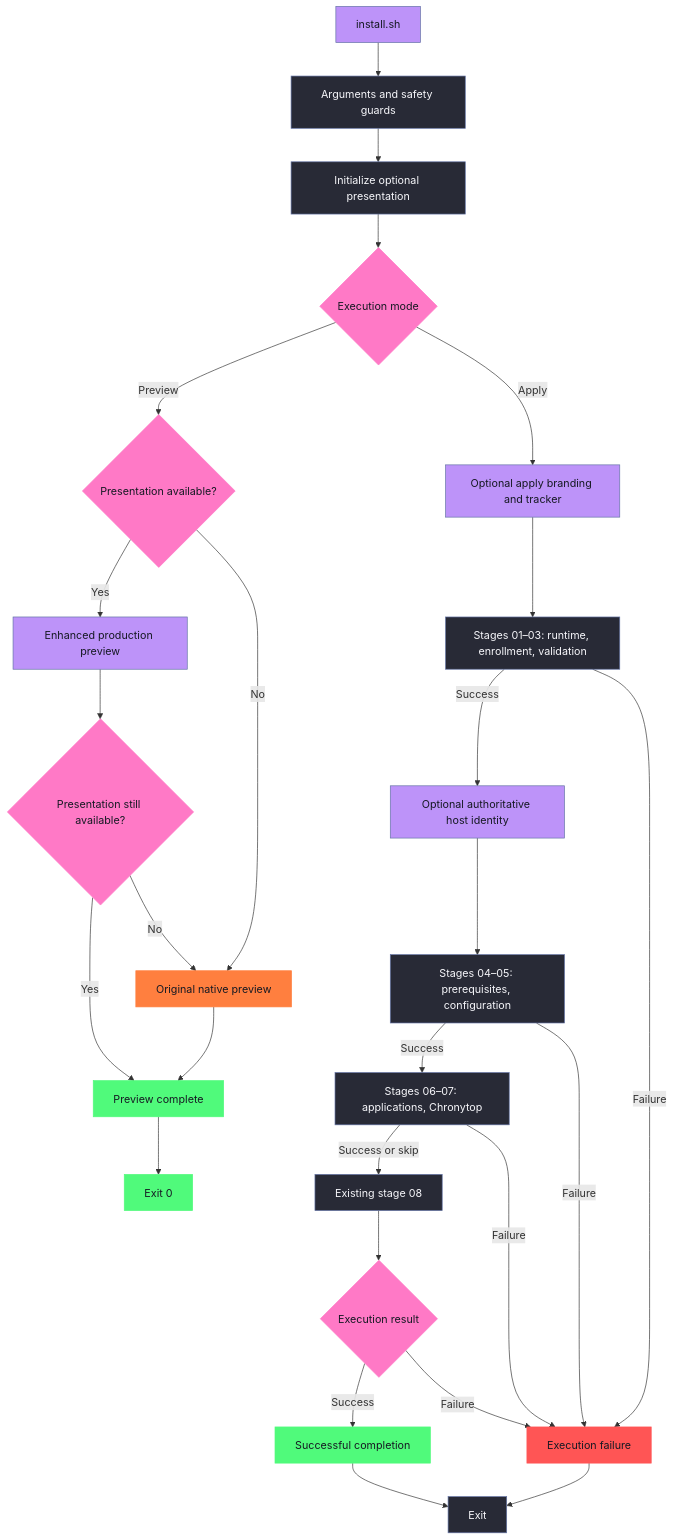
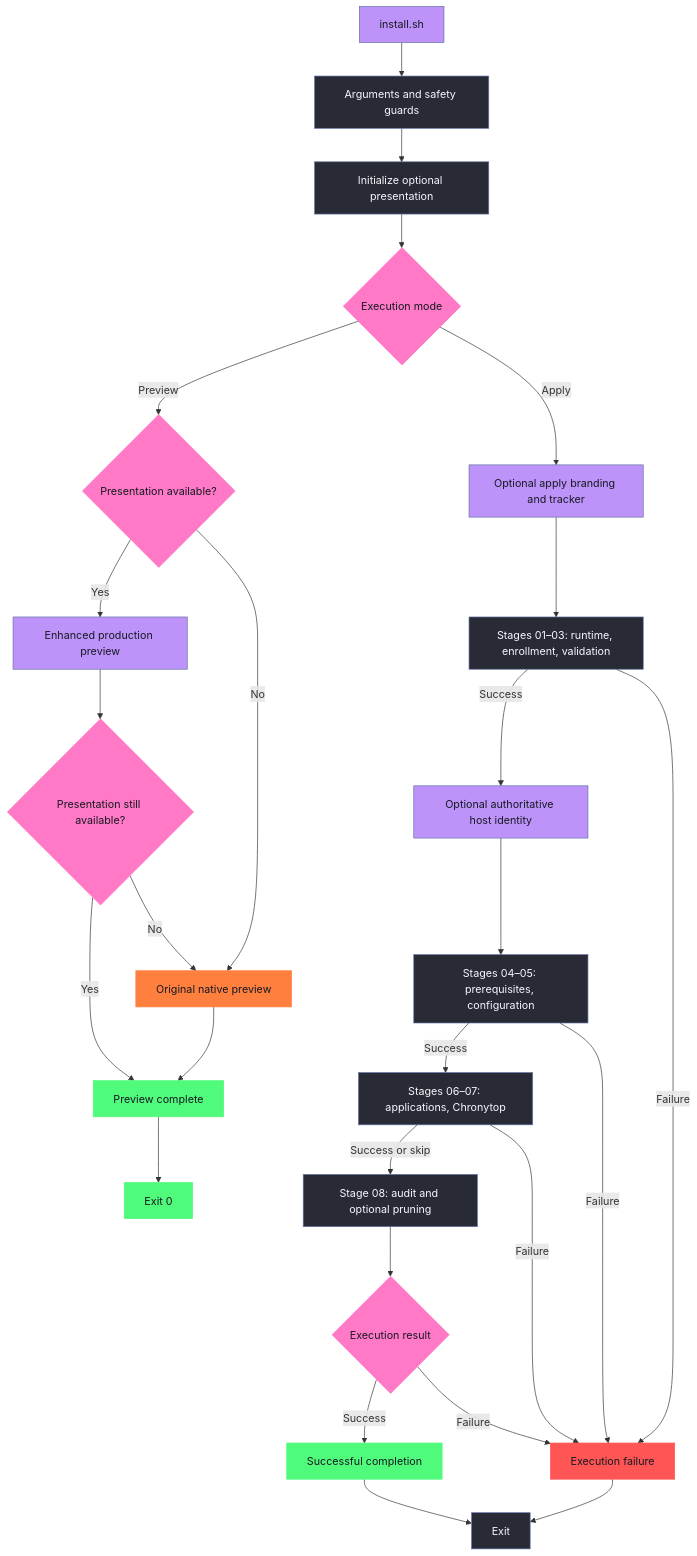
One commit to calico88x/novalabs-dotfiles changed the second of 2 diagrams in README.md. Above: the diagram before and after it, drawn with Mermaid. The commit also changed other lines of this file and 3 other files, not shown here.

Commit message:
feat(bootstrap): integrate application audit and optional pruning tracking

````diff
--- a/README.md
+++ b/README.md
@@ -432,42 +433,42 @@
 ```mermaid
 flowchart TD
     A["install.sh"] --> B["Arguments and safety guards"]
     B --> C["Initialize optional presentation"]
     C --> D{"Execution mode"}
     D -->|Preview| E{"Presentation available?"}
     E -->|Yes| F["Enhanced production preview"]
     E -->|No| G["Original native preview"]
     F --> H{"Presentation still available?"}
     H -->|Yes| I["Preview complete"]
     H -->|No| G
     G --> I
     D -->|Apply| P["Optional apply branding and tracker"]
     P --> Q["Stages 01–03: runtime, enrollment, validation"]
     Q -->|Success| R["Optional authoritative host identity"]
     R --> S["Stages 04–05: prerequisites, configuration"]
     S -->|Success| T["Stages 06–07: applications, Chronytop"]
-    T -->|Success or skip| J["Existing stage 08"]
+    T -->|Success or skip| J["Stage 08: audit and optional pruning"]
     T -->|Failure| M
     S -->|Failure| M
     Q -->|Failure| M
     J --> K{"Execution result"}
     K -->|Success| L["Successful completion"]
     K -->|Failure| M["Execution failure"]
     I --> N["Exit 0"]
     L --> O["Exit"]
     M --> O
 
     classDef brand fill:#BD93F9,stroke:#6272A4,color:#161923
     classDef success fill:#50FA7B,stroke:#50FA7B,color:#161923
     classDef failure fill:#FF5555,stroke:#FF5555,color:#161923
     classDef decision fill:#FF79C6,stroke:#FF79C6,color:#161923
     classDef process fill:#282A36,stroke:#6272A4,color:#F7F7FB
     classDef fallback fill:#FF7F3F,stroke:#FF7F3F,color:#161923
 
     class A,F,P,R brand
     class I,L,N success
     class M failure
     class D,E,H,K decision
     class B,C,J,O,Q,S,T process
     class G fallback
 ```
````
